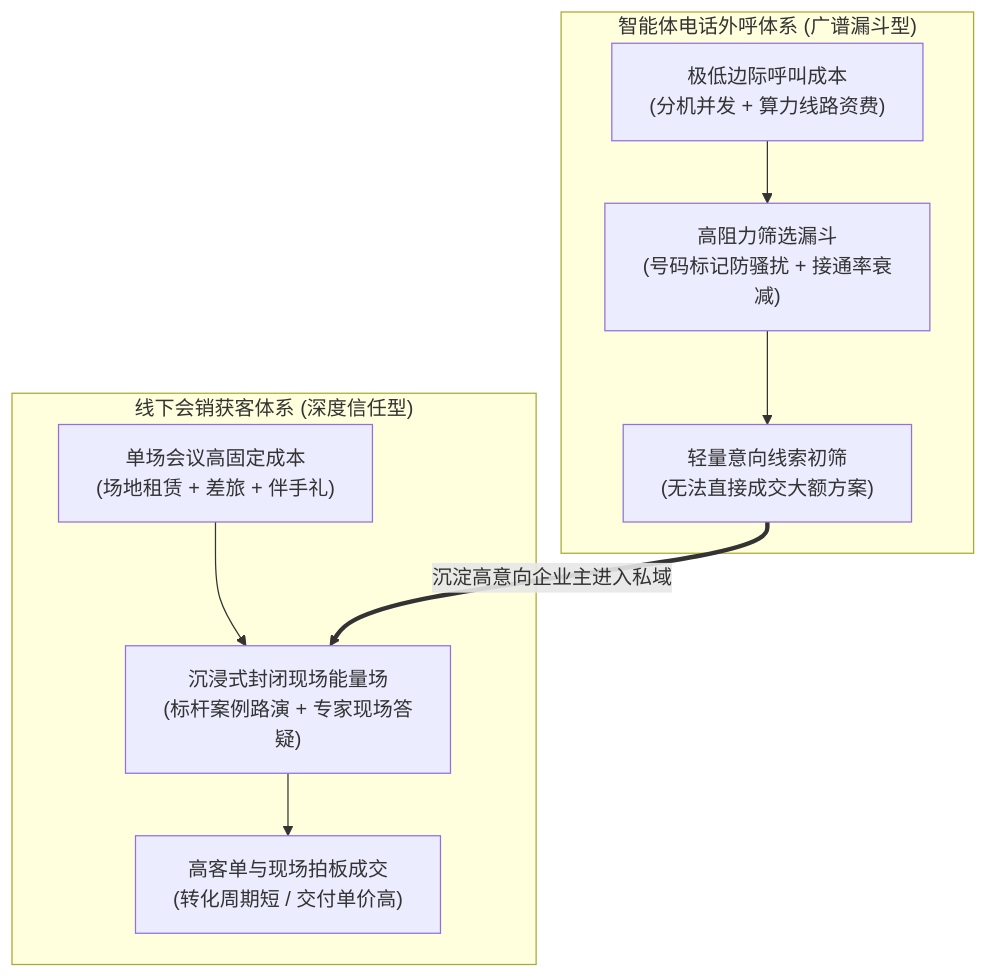
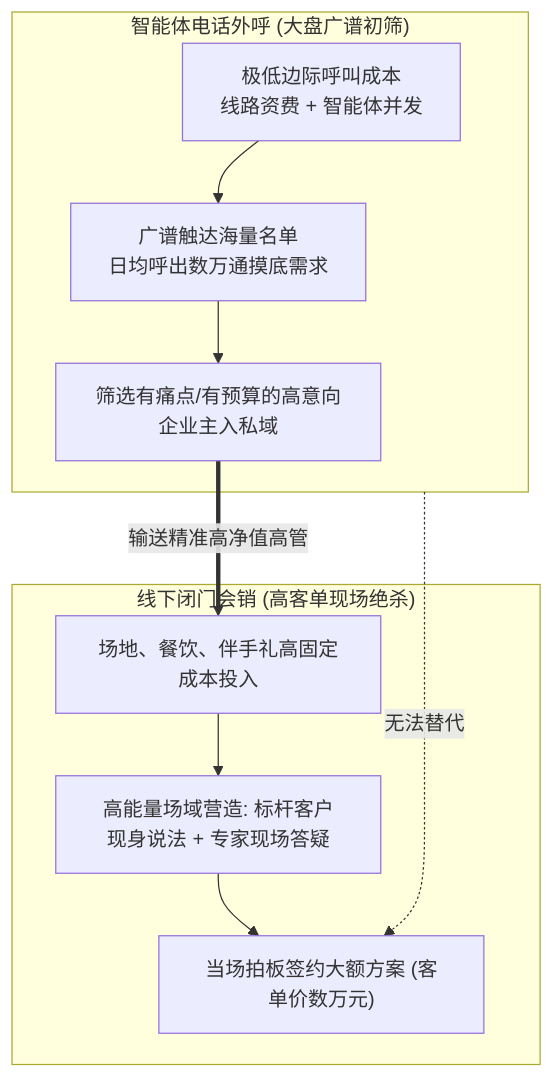
Diagram 13 of 13 in content/live-20261103-01.md (dollarser/knowledge), drawn with Mermaid before and after one commit. The commit also changed other lines of this file, not shown here.

````diff
--- a/content/live-20261103-01.md
+++ b/content/live-20261103-01.md
@@ -146,14 +511,15 @@
 ```mermaid
 flowchart TD
-    subgraph Channel1["线下会销获客体系 (深度信任型)"]
-        H1["单场会议高固定成本<br/>(场地租赁 + 差旅 + 伴手礼)"] --> H2["沉浸式封闭现场能量场<br/>(标杆案例路演 + 专家现场答疑)"]
-        H2 --> H3["高客单与现场拍板成交<br/>(转化周期短 / 交付单价高)"]
+    subgraph ChannelA["智能体电话外呼 (大盘广谱初筛)"]
+        A1["极低边际呼叫成本<br/>线路资费 + 智能体并发"] --> A2["广谱触达海量名单<br/>日均呼出数万通摸底需求"]
+        A2 --> A3["筛选有痛点/有预算的高意向企业主入私域"]
     end
 
-    subgraph Channel2["智能体电话外呼体系 (广谱漏斗型)"]
-        L1["极低边际呼叫成本<br/>(分机并发 + 算力线路资费)"] --> L2["高阻力筛选漏斗<br/>(号码标记防骚扰 + 接通率衰减)"]
-        L2 --> L3["轻量意向线索初筛<br/>(无法直接成交大额方案)"]
+    subgraph ChannelB["线下闭门会销 (高客单现场绝杀)"]
+        B1["场地、餐饮、伴手礼高固定成本投入"] --> B2["高能量场域营造: 标杆客户现身说法 + 专家现场答疑"]
+        B2 --> B3["当场拍板签约大额方案 (客单价数万元)"]
     end
 
-    L3 ==>|沉淀高意向企业主进入私域| H2
+    A3 ==>|输送精准高净值高管| B1
+    ChannelA -.->|无法替代| B3
 ```
````
